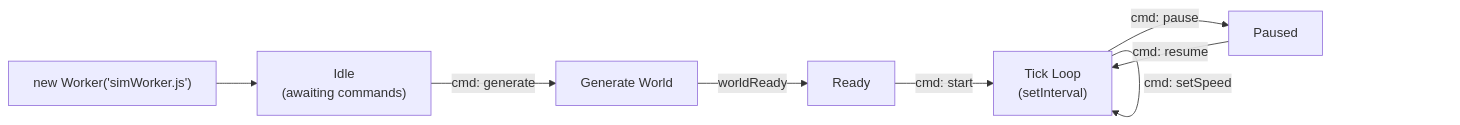
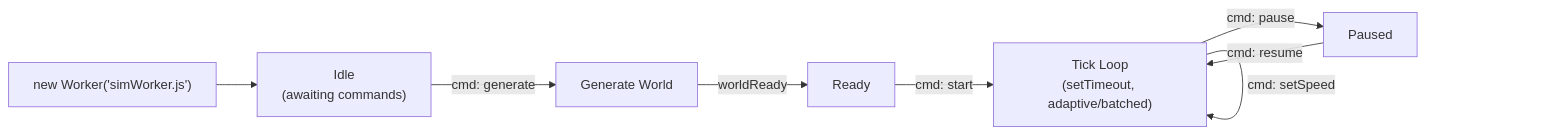
The fifth of 6 diagrams in docs/architecture.md (andrenepomuceno/BiomeSimulator), drawn with Mermaid before and after one commit. The commit also changed other lines of this file and 5 other files, not shown here.

Commit message:
docs: sync engine/api docs with river mapgen, batched worker tick updates, and AI food-priority behavior

````diff
--- a/docs/architecture.md
+++ b/docs/architecture.md
@@ -246,11 +248,11 @@
 ```mermaid
 flowchart LR
     Init["new Worker('simWorker.js')"] --> Idle["Idle\n(awaiting commands)"]
     Idle -->|"cmd: generate"| Gen["Generate World"]
     Gen -->|"worldReady"| Ready["Ready"]
-    Ready -->|"cmd: start"| Running["Tick Loop\n(setInterval)"]
+    Ready -->|"cmd: start"| Running["Tick Loop\n(setTimeout, adaptive/batched)"]
     Running -->|"cmd: pause"| Paused["Paused"]
     Paused -->|"cmd: resume"| Running
     Running -->|"cmd: step"| Running
     Running -->|"cmd: setSpeed"| Running
 ```
````
